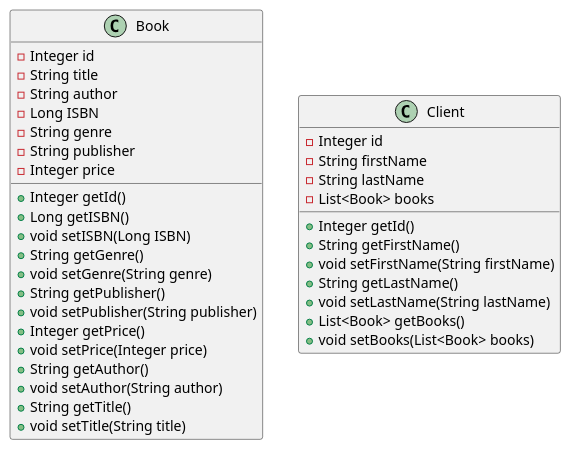
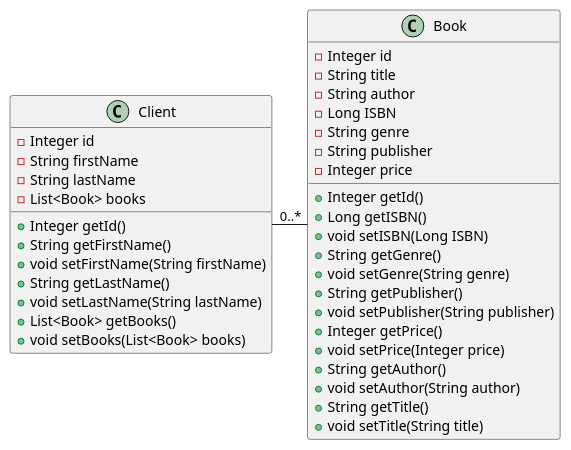
One commit to victorursan/BookStore changed the diagram in src/Documentation/UMLBookStore.puml. Above: the diagram before and after it, drawn with PlantUML.

Commit message:
added one to many relation in UMLBookStore

```diff
--- a/src/Documentation/UMLBookStore.puml
+++ b/src/Documentation/UMLBookStore.puml
@@ -1,40 +1,43 @@
 @startuml
 
 class Book {
     - Integer id
     - String title
     - String author
     - Long ISBN
     - String genre
     - String publisher
     - Integer price
     + Integer getId()
     + Long getISBN()
     + void setISBN(Long ISBN)
     + String getGenre()
     + void setGenre(String genre)
     + String getPublisher()
     + void setPublisher(String publisher)
     + Integer getPrice()
     + void setPrice(Integer price)
     + String getAuthor()
     + void setAuthor(String author)
     + String getTitle()
     + void setTitle(String title)
 }
 
 class Client {
     - Integer id
     - String firstName
     - String lastName
     - List<Book> books
     + Integer getId()
     + String getFirstName()
     + void setFirstName(String firstName)
     + String getLastName()
     + void setLastName(String lastName)
     + List<Book> getBooks()
     + void setBooks(List<Book> books)
 }
 
+Client - "0..*" Book
+
+
 @enduml
```
